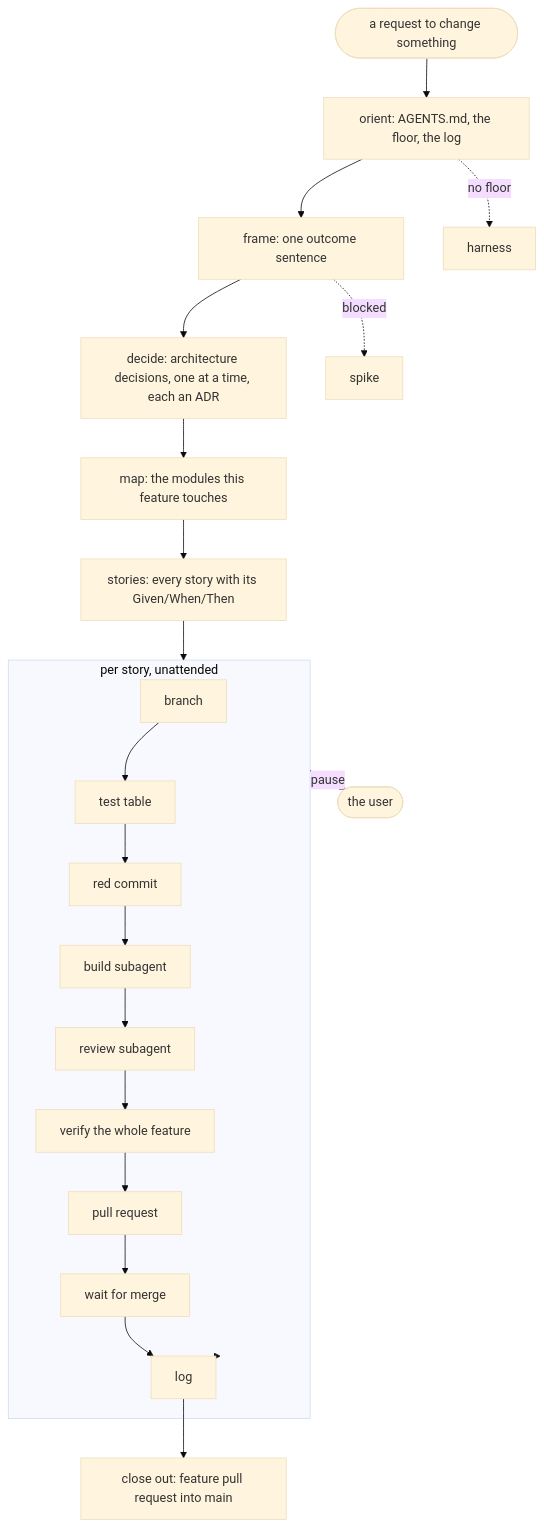
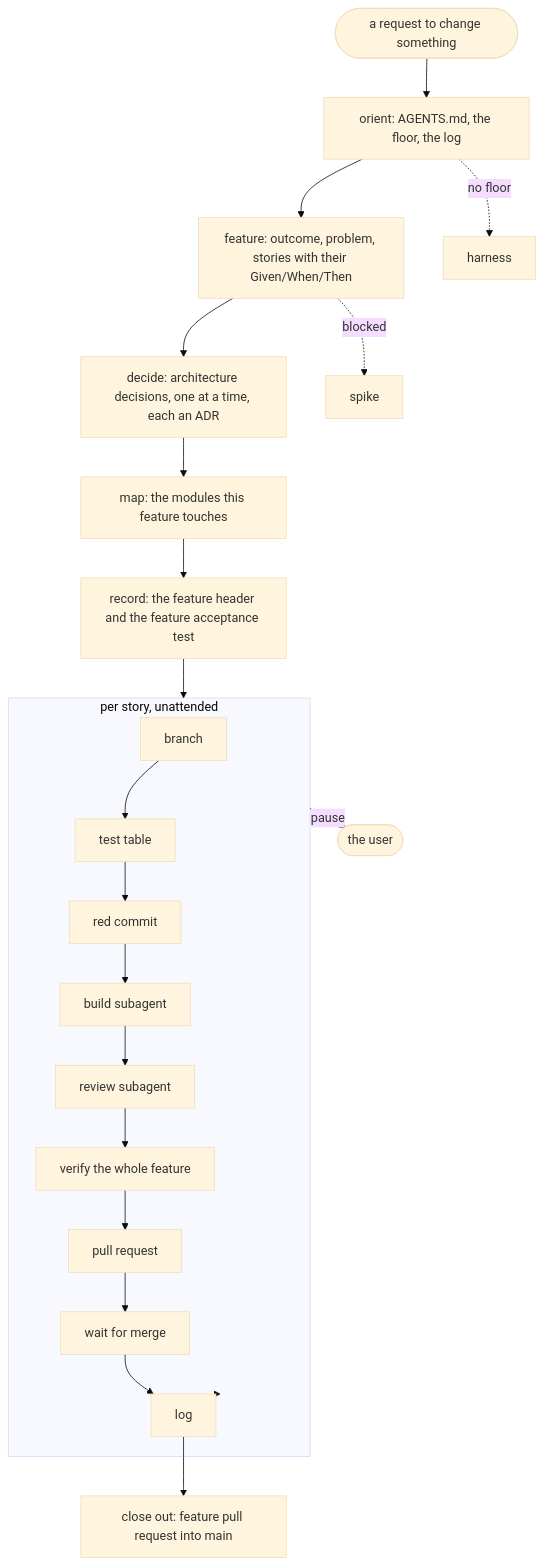
Before and after one commit to DaveBben/skills: the diagram in plugins/SDLC/README.md, drawn with Mermaid (base theme). The commit also changed other lines of this file and 11 other files, not shown here.

````diff
--- a/plugins/SDLC/README.md
+++ b/plugins/SDLC/README.md
@@ -42,20 +42,20 @@
 ```mermaid
 flowchart TD
     REQ([a request to change something]) --> OR[orient: AGENTS.md, the floor, the log]
-    OR --> FR[frame: one outcome sentence]
+    OR --> FR[feature: outcome, problem, stories with their Given/When/Then]
     FR --> DEC[decide: architecture decisions, one at a time, each an ADR]
     DEC --> MAP[map: the modules this feature touches]
-    MAP --> CARDS[stories: every story with its Given/When/Then]
-    CARDS --> SL
+    MAP --> REC[record: the feature header and the feature acceptance test]
+    REC --> SL
 
     subgraph SL [per story, unattended]
       BR[branch] --> TT[test table] --> RED[red commit] --> BLD[build subagent] --> REV[review subagent] --> VER[verify the whole feature] --> PR[pull request] --> MRG[wait for merge] --> LOG[log]
     end
 
     LOG --> SL
     LOG --> OUT[close out: feature pull request into main]
 
     SL -. pause .-> USER([the user])
     FR -. blocked .-> SPIKE[spike]
     OR -. no floor .-> HARN[harness]
 ```
````
